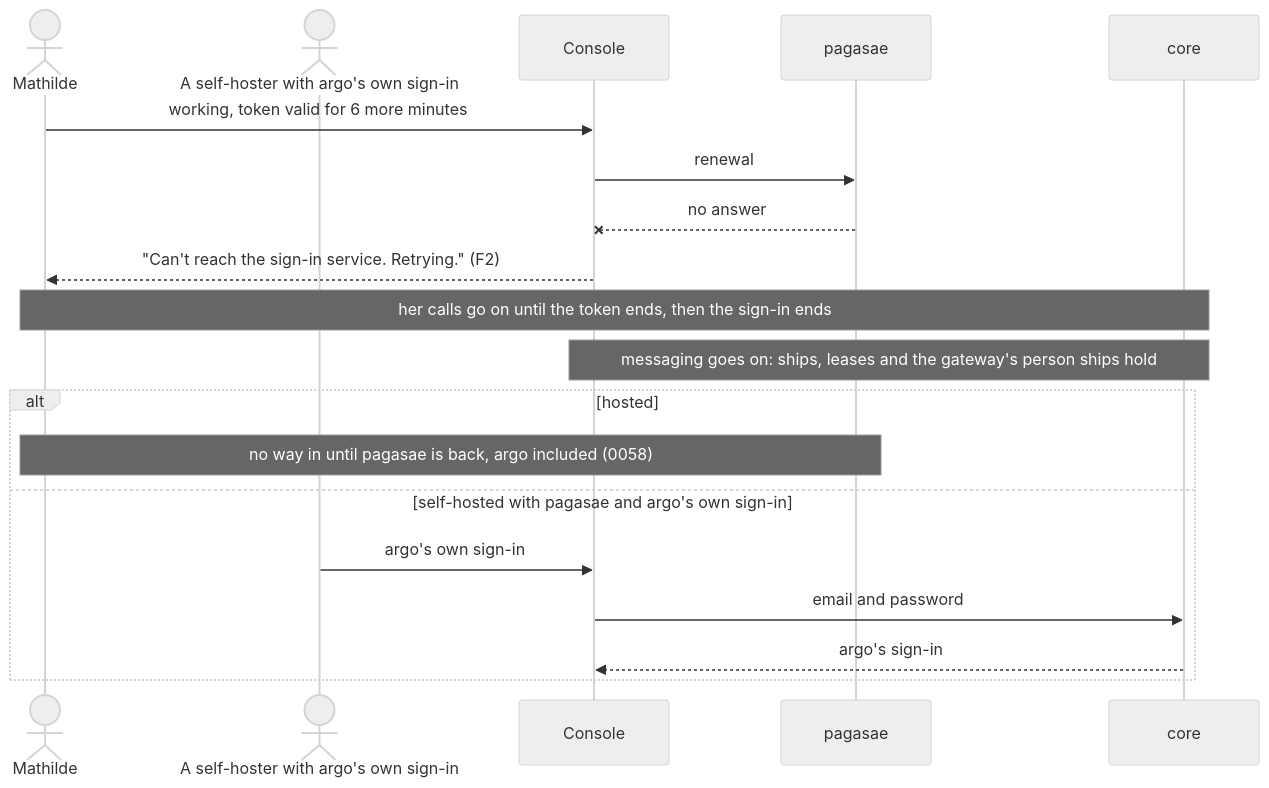
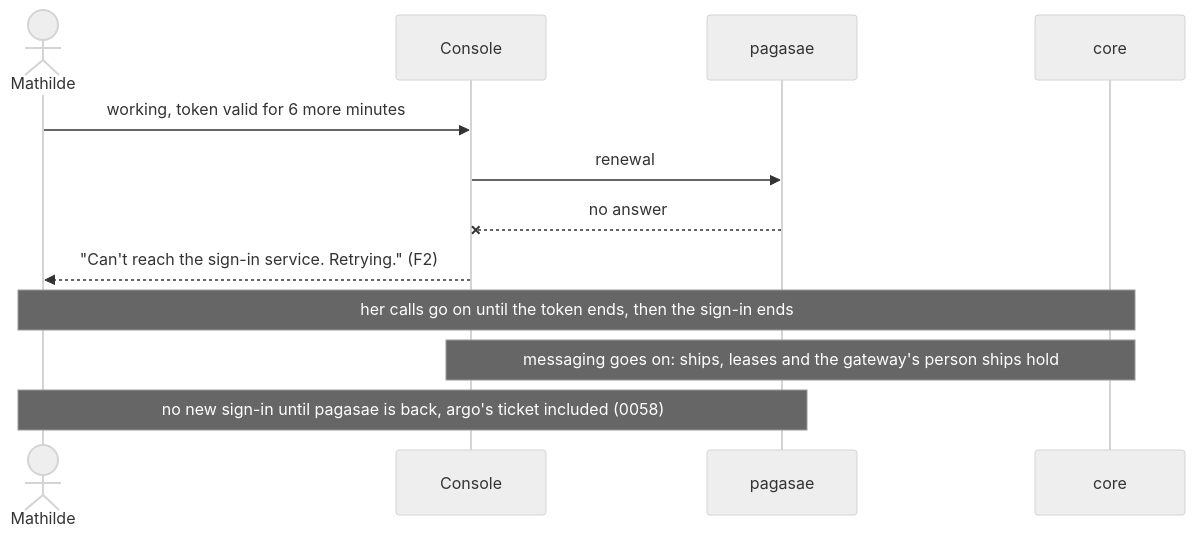
Before and after one commit to ThomasHendrickx/aeolus-fleet: the eighth of 10 diagrams in docs/design/accounts/console.md, drawn with Mermaid (neutral theme). The commit also changed other lines of this file, not shown here.

````diff
--- a/docs/design/accounts/console.md
+++ b/docs/design/accounts/console.md
@@ -241,21 +279,14 @@
 ```mermaid
 sequenceDiagram
   actor M as Mathilde
-  actor O as A self-hoster with argo's own sign-in
   participant K as Console
   participant P as pagasae
   participant C as core
   M->>K: working, token valid for 6 more minutes
   K->>P: renewal
   P--xK: no answer
   K-->>M: "Can't reach the sign-in service. Retrying." (F2)
   Note over M,C: her calls go on until the token ends, then the sign-in ends
   Note over K,C: messaging goes on: ships, leases and the gateway's person ships hold
-  alt hosted
-    Note over M,P: no way in until pagasae is back, argo included (0058)
-  else self-hosted with pagasae and argo's own sign-in
-    O->>K: argo's own sign-in
-    K->>C: email and password
-    C-->>K: argo's sign-in
-  end
+  Note over M,P: no new sign-in until pagasae is back, argo's ticket included (0058)
 ```
````
